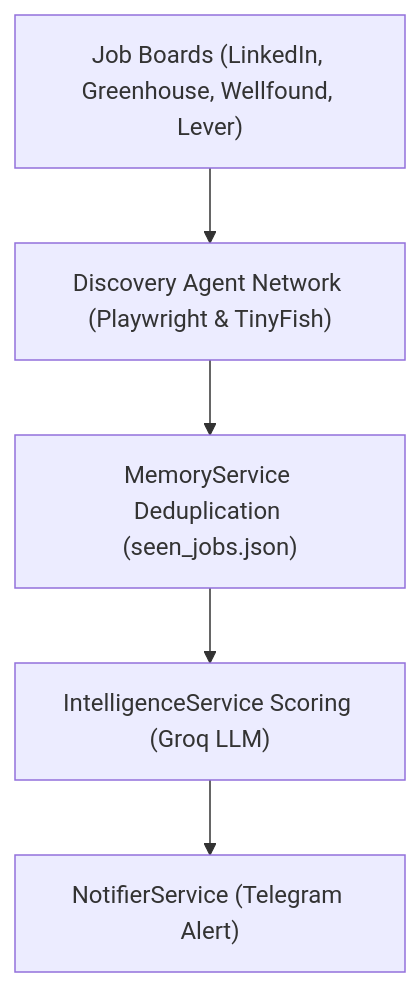
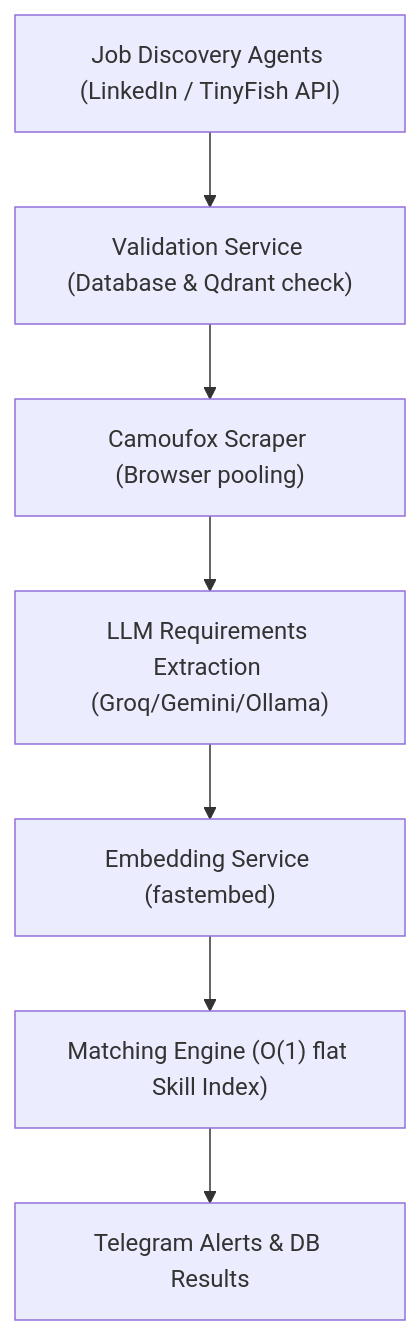
Before and after one commit to supersparton/CareerAtlas: the diagram in wiki/overview.md, drawn with Mermaid. The commit also changed other lines of this file and 3 other files, not shown here.

````diff
--- a/wiki/overview.md
+++ b/wiki/overview.md
@@ -42,7 +36,9 @@
 ```mermaid
 flowchart TD
-    A["Job Boards (LinkedIn, Greenhouse, Wellfound, Lever)"] --> B["Discovery Agent Network (Playwright & TinyFish)"]
-    B --> C["MemoryService Deduplication (seen_jobs.json)"]
-    C --> D["IntelligenceService Scoring (Groq LLM)"]
-    D --> E["NotifierService (Telegram Alert)"]
+    A["Job Discovery Agents (LinkedIn / TinyFish API)"] --> B["Validation Service (Database & Qdrant check)"]
+    B --> C["Camoufox Scraper (Browser pooling)"]
+    C --> D["LLM Requirements Extraction (Groq/Gemini/Ollama)"]
+    D --> E["Embedding Service (fastembed)"]
+    E --> F["Matching Engine (O(1) flat Skill Index)"]
+    F --> G["Telegram Alerts & DB Results"]
 ```
````
